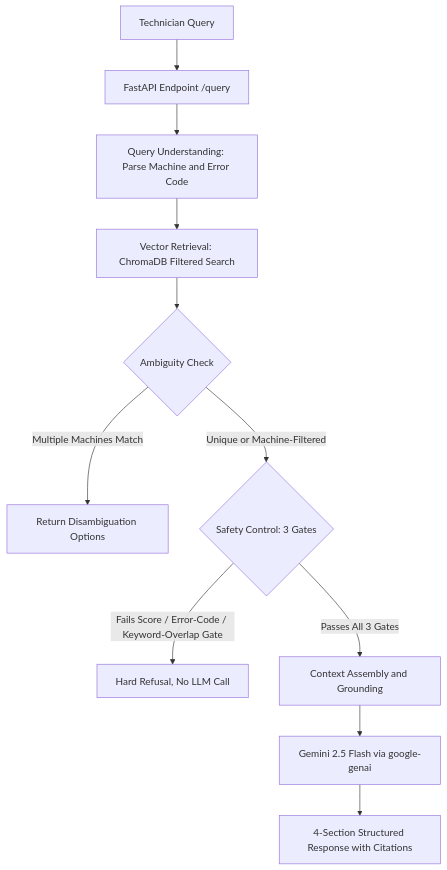
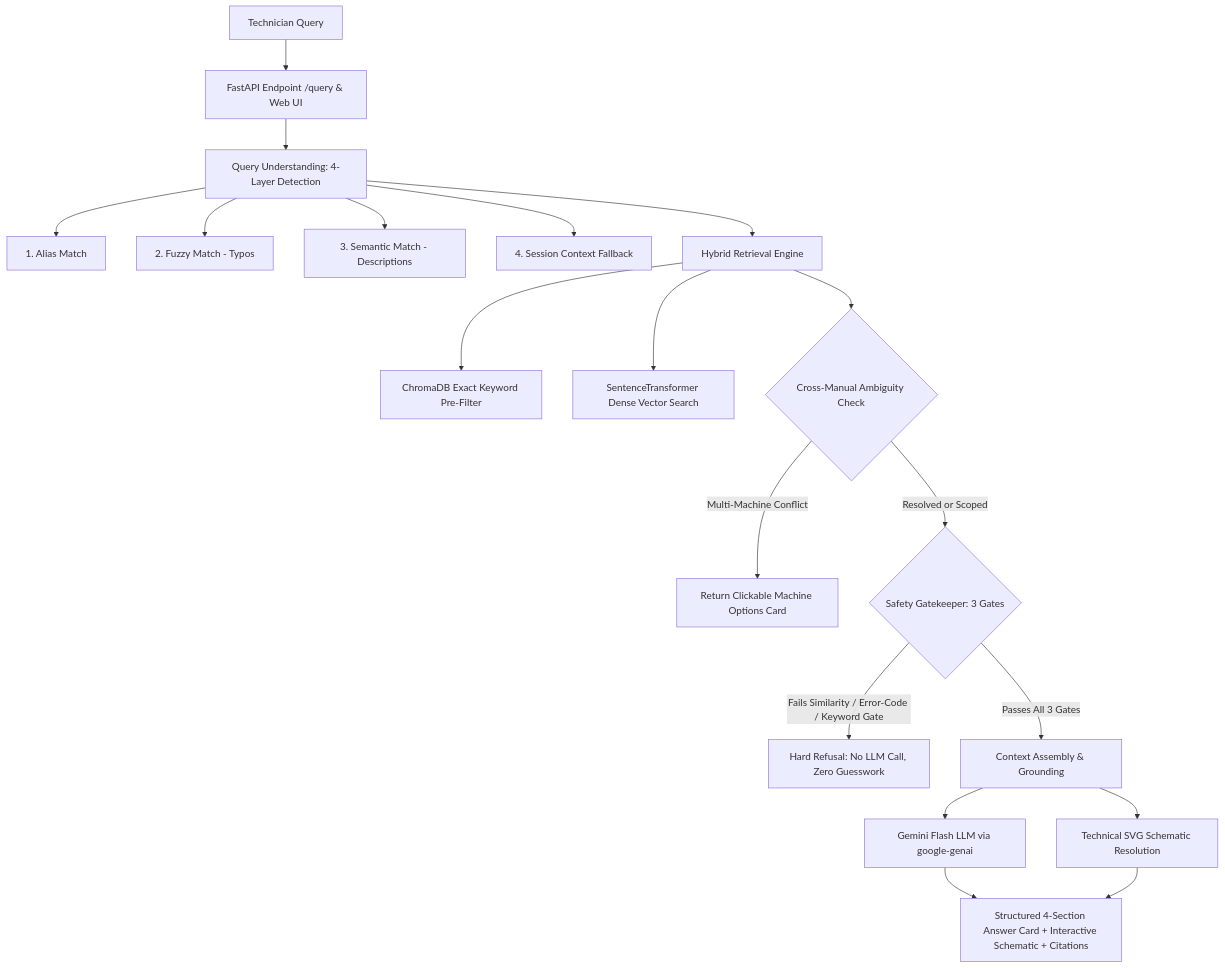
Before and after one commit to prathamshetty18/VH26-TEAM_HARMONY: the diagram in README.md, drawn with Mermaid. The commit also changed other lines of this file and 71 other files, not shown here.

Commit message:
feat: complete diagram retrieval, dedicated schematics, rerank, and hybrid search

````diff
--- a/README.md
+++ b/README.md
@@ -19,13 +19,21 @@
 ```mermaid
 flowchart TD
-    A[Technician Query] --> B[FastAPI Endpoint /query]
-    B --> C[Query Understanding: Parse Machine and Error Code]
-    C --> D[Vector Retrieval: ChromaDB Filtered Search]
-    D --> E{Ambiguity Check}
-    E -- Multiple Machines Match --> F[Return Disambiguation Options]
-    E -- Unique or Machine-Filtered --> G{Safety Control: 3 Gates}
-    G -- Fails Score / Error-Code / Keyword-Overlap Gate --> H[Hard Refusal, No LLM Call]
-    G -- Passes All 3 Gates --> I[Context Assembly and Grounding]
-    I --> J[Gemini 2.5 Flash via google-genai]
-    J --> K[4-Section Structured Response with Citations]
+    A[Technician Query] --> B[FastAPI Endpoint /query & Web UI]
+    B --> C[Query Understanding: 4-Layer Detection]
+    C --> C1[1. Alias Match]
+    C --> C2[2. Fuzzy Match - Typos]
+    C --> C3[3. Semantic Match - Descriptions]
+    C --> C4[4. Session Context Fallback]
+    C --> D[Hybrid Retrieval Engine]
+    D --> D1[ChromaDB Exact Keyword Pre-Filter]
+    D --> D2[SentenceTransformer Dense Vector Search]
+    D --> E{Cross-Manual Ambiguity Check}
+    E -- Multi-Machine Conflict --> F[Return Clickable Machine Options Card]
+    E -- Resolved or Scoped --> G{Safety Gatekeeper: 3 Gates}
+    G -- Fails Similarity / Error-Code / Keyword Gate --> H[Hard Refusal: No LLM Call, Zero Guesswork]
+    G -- Passes All 3 Gates --> I[Context Assembly & Grounding]
+    I --> J[Gemini Flash LLM via google-genai]
+    I --> K[Technical SVG Schematic Resolution]
+    J --> L[Structured 4-Section Answer Card + Interactive Schematic + Citations]
+    K --> L
 ```
````
